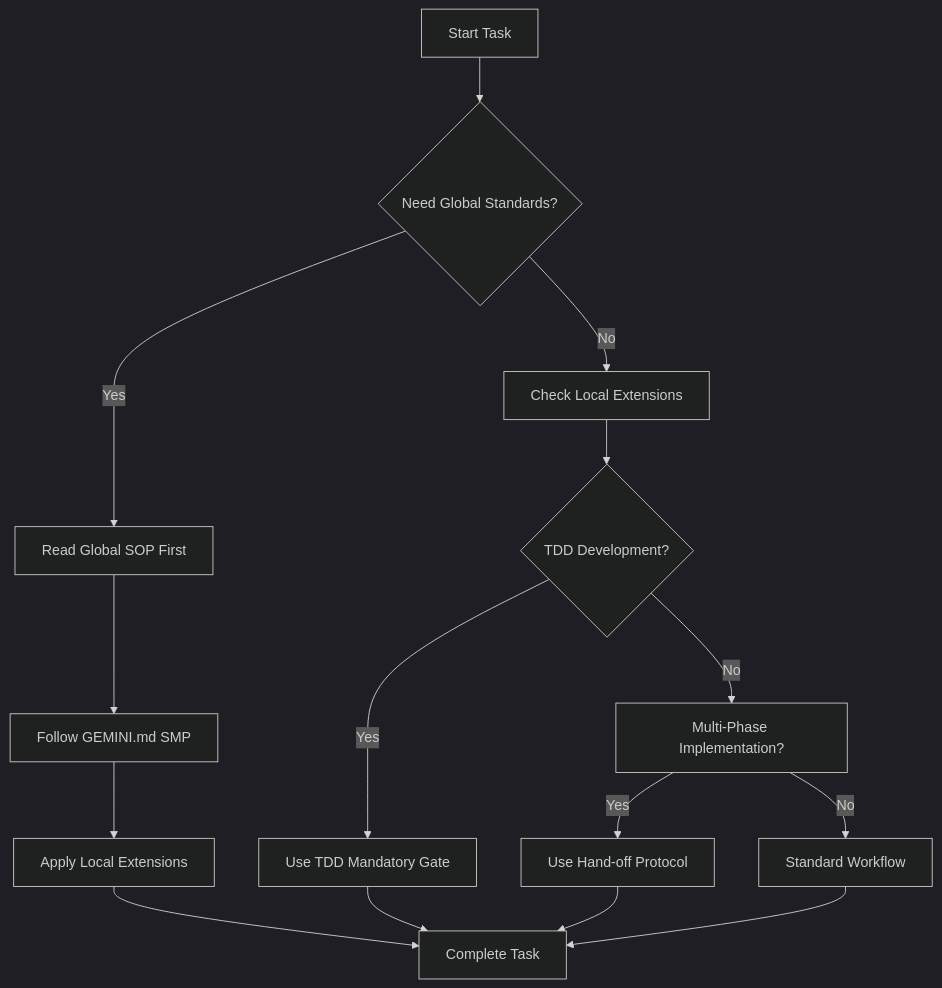
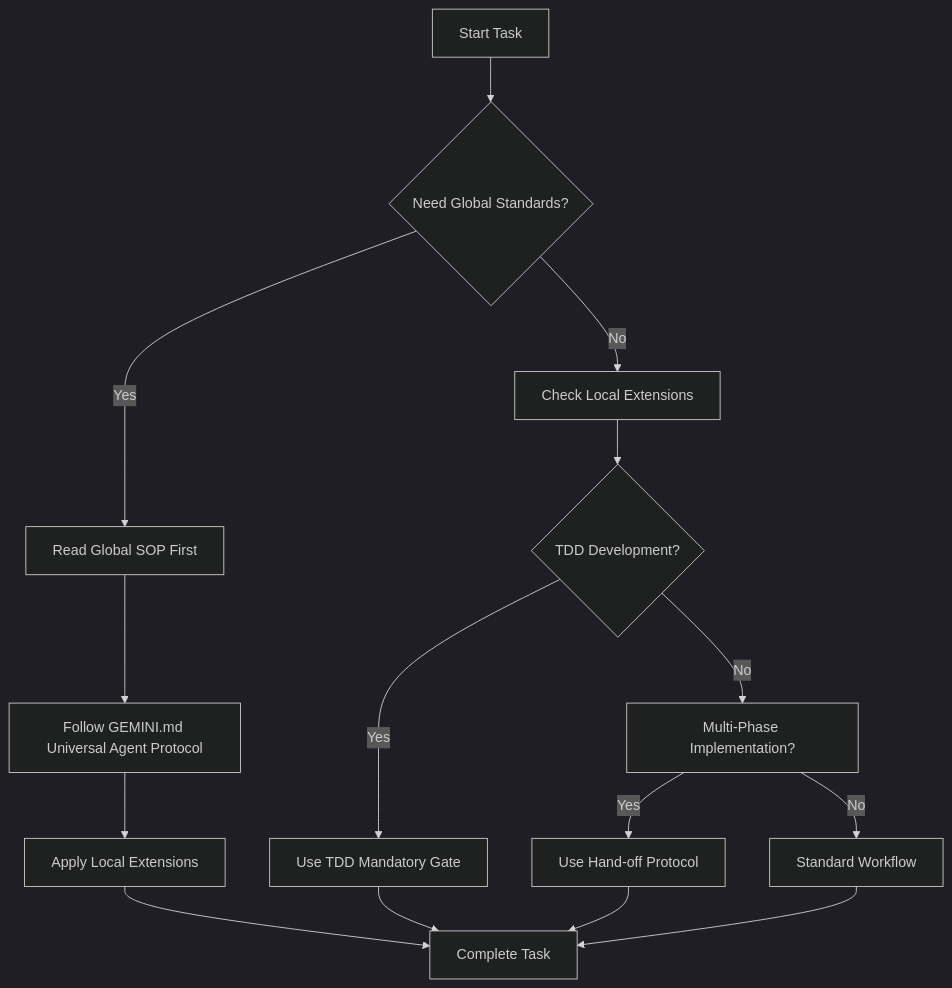
Before and after one commit to marcdhansen/LightRAG_plusplus: the diagram in .agent/docs/sop/SOP_INTEGRATION_GUIDE.md, drawn with Mermaid (dark theme). The commit also changed other lines of this file and 9 other files, not shown here.

````diff
--- a/.agent/docs/sop/SOP_INTEGRATION_GUIDE.md
+++ b/.agent/docs/sop/SOP_INTEGRATION_GUIDE.md
@@ -11,20 +11,20 @@
 ```mermaid
 flowchart TD
     A[Start Task] --> B{Need Global Standards?}
     B -->|Yes| C[Read Global SOP First]
     B -->|No| D[Check Local Extensions]
 
-    C --> E[Follow GEMINI.md SMP]
+    C --> E[Follow GEMINI.md Universal Agent Protocol]
     E --> F[Apply Local Extensions]
 
     D --> G{TDD Development?}
     G -->|Yes| H[Use TDD Mandatory Gate]
     G -->|No| I[Multi-Phase Implementation?]
     I -->|Yes| J[Use Hand-off Protocol]
     I -->|No| K[Standard Workflow]
 
     F --> L[Complete Task]
     H --> L
     J --> L
     K --> L
 ```
````
